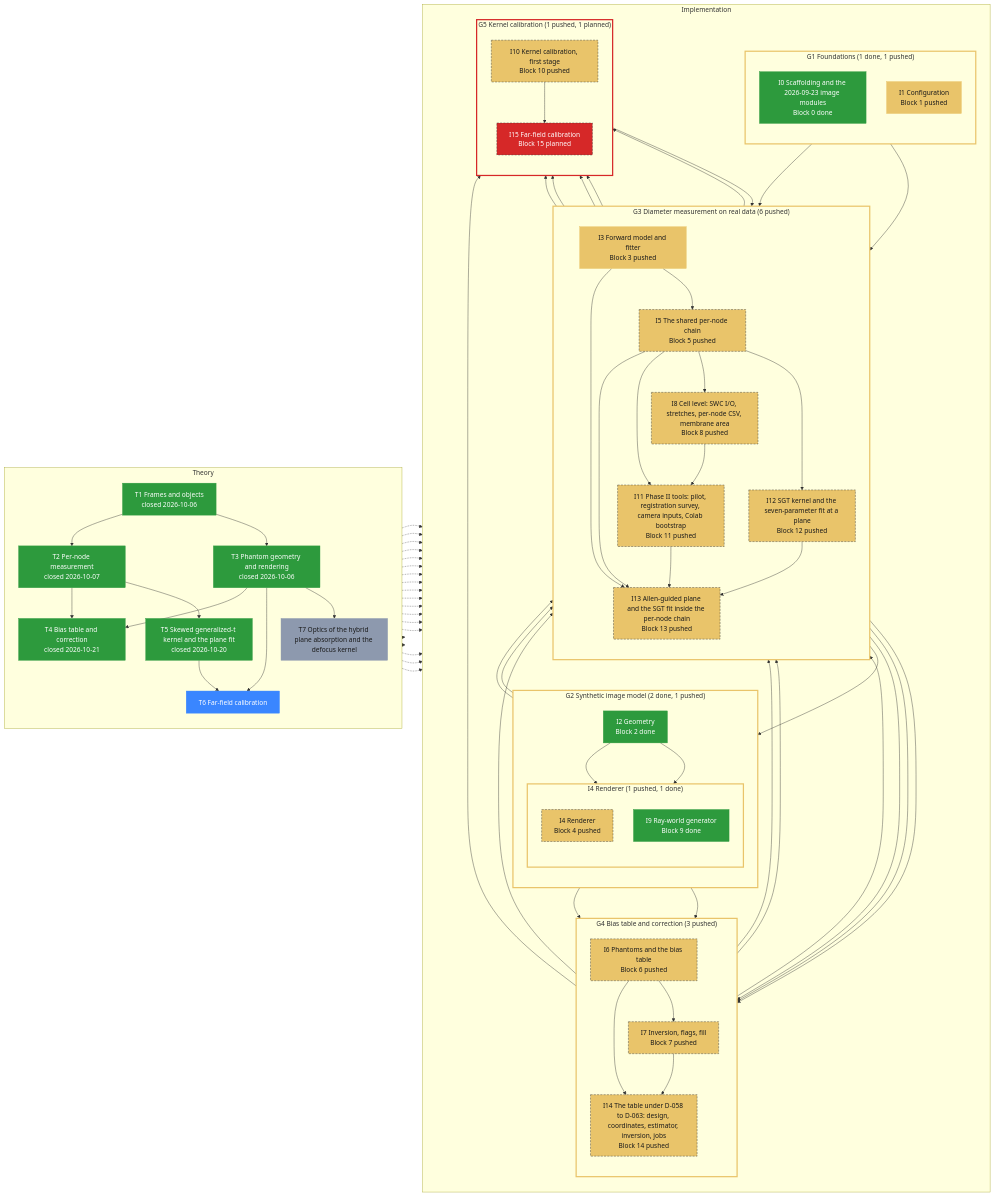
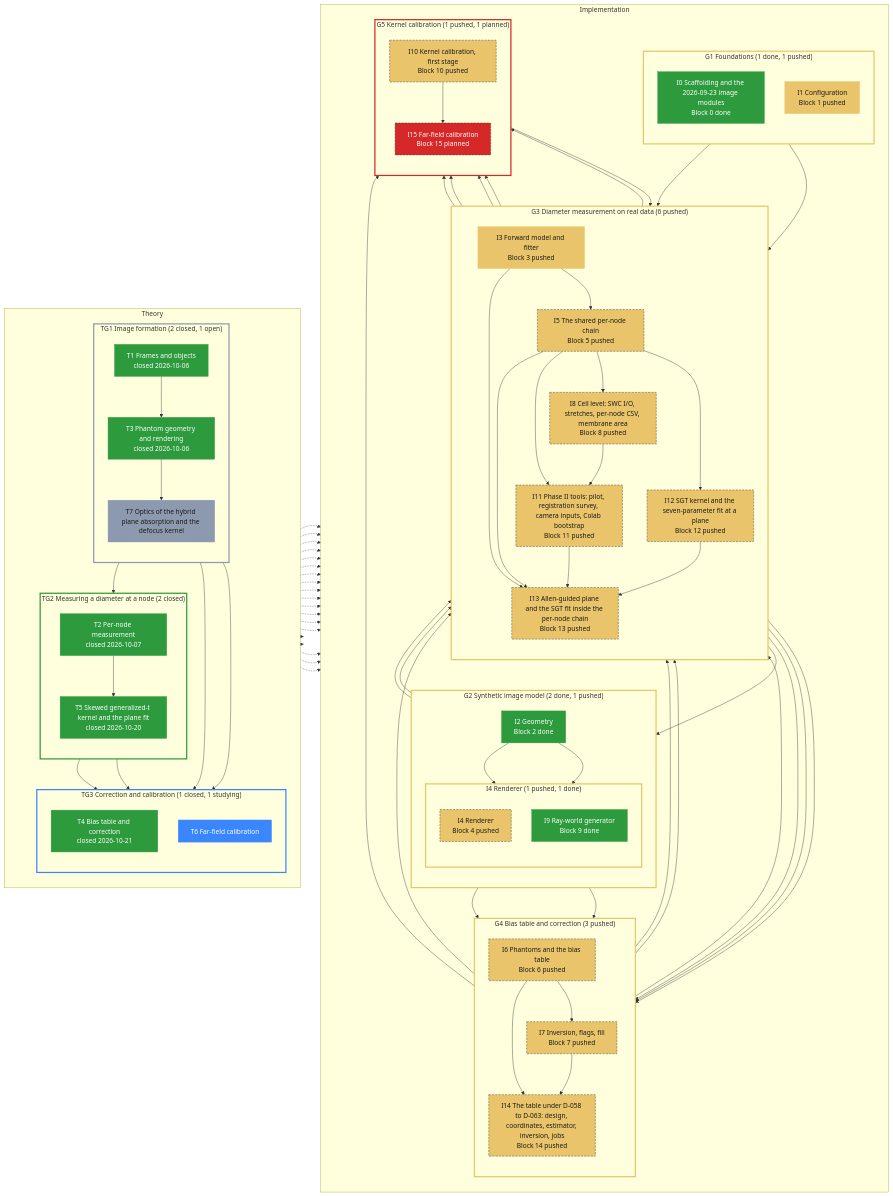
Before and after one commit to Leonardodm00/Towards-EEG: the diagram in specs/roadmap/diameter-pipeline.md, drawn with Mermaid. The commit also changed other lines of this file and 2 other files, not shown here.

Commit message:
roadmap: theory groups TG1-TG3 (image formation, measuring at a node, correction and calibration); tool: pure theory groups
A theory stage with members and no status of its own takes its least
advanced member's colour, like an implementation group without a block.

Claude-Session: https://claude.ai/code/session_01JpKwywZMGXoF9FHBx7PJC4

```diff
--- a/specs/roadmap/diameter-pipeline.md
+++ b/specs/roadmap/diameter-pipeline.md
@@ -18,13 +18,22 @@
     classDef blocked stroke-dasharray:5 3,stroke:#333
     subgraph theory["Theory"]
         direction TB
-        T1["T1 Frames and objects<br/>closed 2026-10-06"]:::closed
-        T2["T2 Per-node measurement<br/>closed 2026-10-07"]:::closed
-        T3["T3 Phantom geometry and rendering<br/>closed 2026-10-06"]:::closed
-        T4["T4 Bias table and correction<br/>closed 2026-10-21"]:::closed
-        T5["T5 Skewed generalized-t kernel and the plane fit<br/>closed 2026-10-20"]:::closed
-        T6["T6 Far-field calibration"]:::studying
-        T7["T7 Optics of the hybrid plane absorption and the defocus kernel"]:::open
+        subgraph grp_TG1["TG1 Image formation (2 closed, 1 open)"]
+            direction TB
+            T1["T1 Frames and objects<br/>closed 2026-10-06"]:::closed
+            T3["T3 Phantom geometry and rendering<br/>closed 2026-10-06"]:::closed
+            T7["T7 Optics of the hybrid plane absorption and the defocus kernel"]:::open
+        end
+        subgraph grp_TG2["TG2 Measuring a diameter at a node (2 closed)"]
+            direction TB
+            T2["T2 Per-node measurement<br/>closed 2026-10-07"]:::closed
+            T5["T5 Skewed generalized-t kernel and the plane fit<br/>closed 2026-10-20"]:::closed
+        end
+        subgraph grp_TG3["TG3 Correction and calibration (1 closed, 1 studying)"]
+            direction TB
+            T4["T4 Bias table and correction<br/>closed 2026-10-21"]:::closed
+            T6["T6 Far-field calibration"]:::studying
+        end
         T1 --> T2
         T1 --> T3
         T2 --> T4
@@ -127,6 +136,9 @@
     T4 -.-> I14
     T6 -.-> I15
     class I4,I5,I6,I7,I8,I10,I11,I12,I13,I14,I15 blocked
+    style grp_TG1 stroke:#8d99ae,stroke-width:3px
+    style grp_TG2 stroke:#2d9a3d,stroke-width:3px
+    style grp_TG3 stroke:#3a86ff,stroke-width:3px
     style grp_G1 stroke:#e9c46a,stroke-width:3px
     style grp_I4 stroke:#e9c46a,stroke-width:3px
     style grp_G2 stroke:#e9c46a,stroke-width:3px
```
